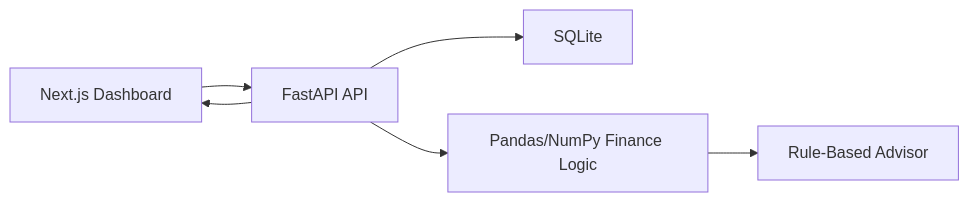
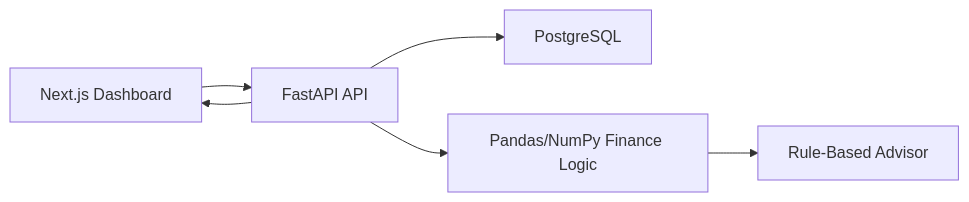
Before and after one commit to A11lex/MoneyTrack: the second of 2 diagrams in moneytrack-ai/docs/architecture.md, drawn with Mermaid. The commit also changed other lines of this file and 19 other files, not shown here.

````diff
--- a/moneytrack-ai/docs/architecture.md
+++ b/moneytrack-ai/docs/architecture.md
@@ -84,8 +85,8 @@
 ```mermaid
 flowchart LR
   UI["Next.js Dashboard"] --> API["FastAPI API"]
-  API --> DB["SQLite"]
+  API --> DB["PostgreSQL"]
   API --> Finance["Pandas/NumPy Finance Logic"]
   Finance --> Advisor["Rule-Based Advisor"]
   API --> UI
 ```
````
